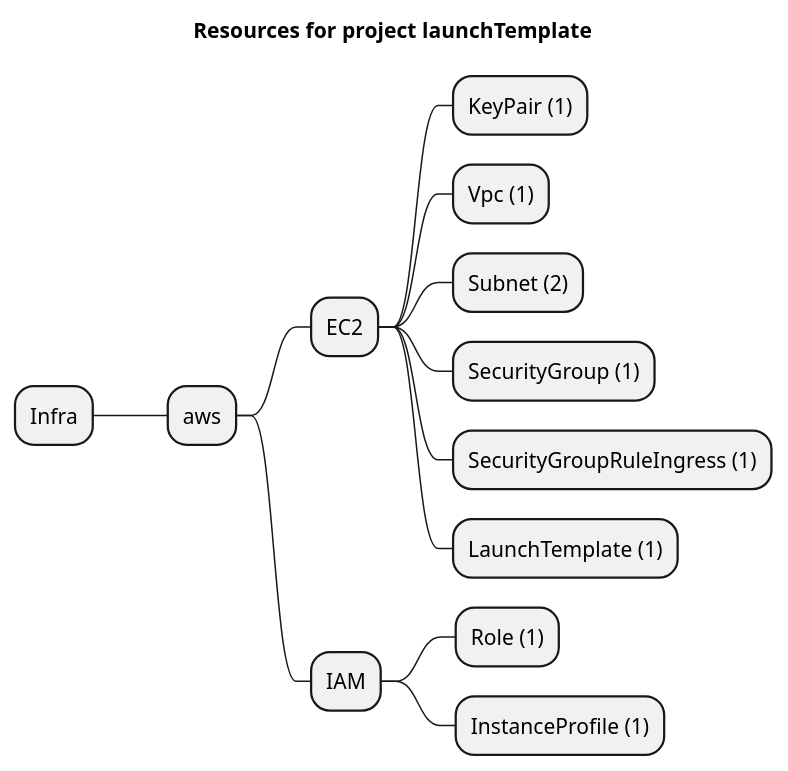
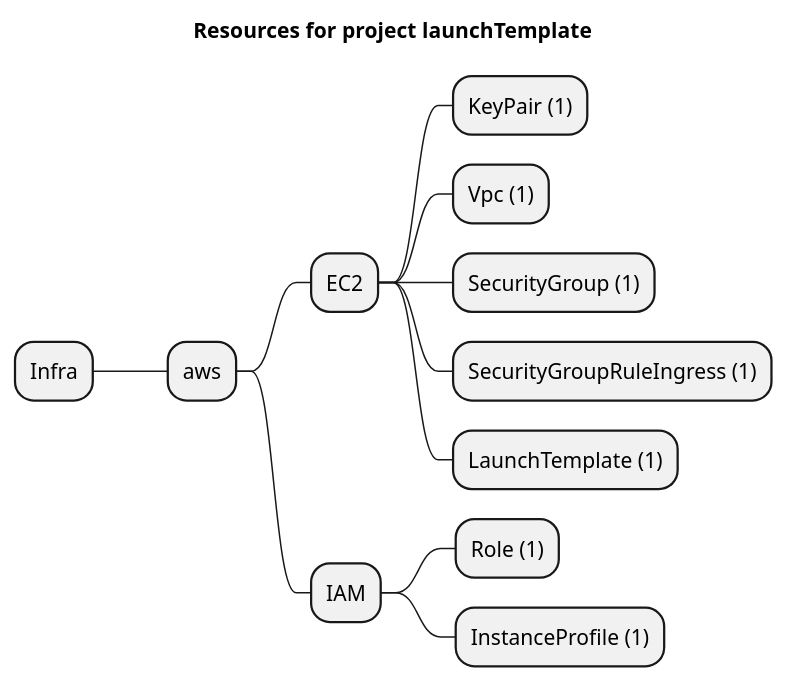
One commit to grucloud/grucloud changed the diagram in examples/aws/ec2/launchTemplate/artifacts/resources-mindmap.puml. Above: the diagram before and after it, drawn with PlantUML. The commit also changed 122 other files, not shown here.

```diff
--- a/examples/aws/ec2/launchTemplate/artifacts/resources-mindmap.puml
+++ b/examples/aws/ec2/launchTemplate/artifacts/resources-mindmap.puml
@@ -1,16 +1,15 @@
 @startmindmap
 title Resources for project launchTemplate
 skinparam monochrome true
 + Infra
 ++ aws
 +++ EC2
 ++++ KeyPair (1)
 ++++ Vpc (1)
-++++ Subnet (2)
 ++++ SecurityGroup (1)
 ++++ SecurityGroupRuleIngress (1)
 ++++ LaunchTemplate (1)
 +++ IAM
 ++++ Role (1)
 ++++ InstanceProfile (1)
 @endmindmap
```
